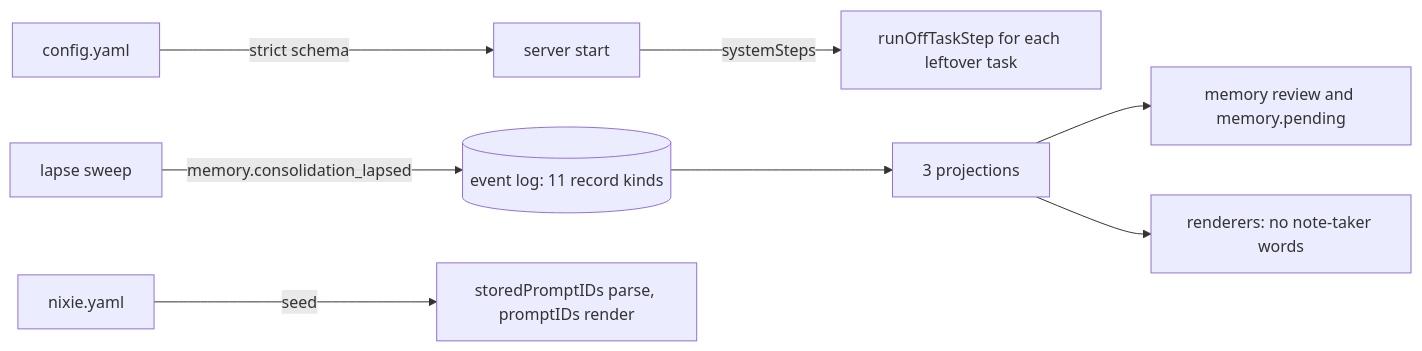
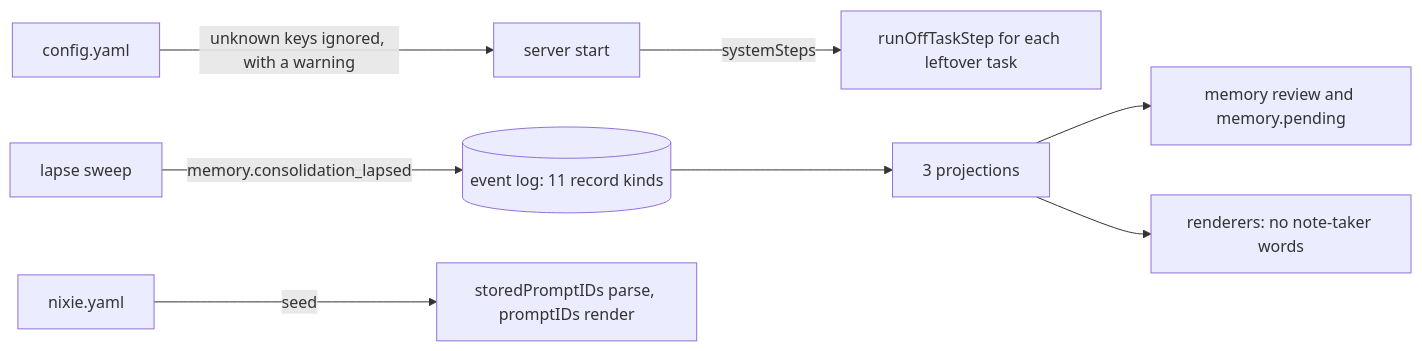
Before and after one commit to zgeoff/nixie: the diagram in docs/design/queue/no-built-in-memory-tasks.md, drawn with Mermaid. The commit also changed 10 other files, not shown here.

````diff
--- a/docs/design/queue/no-built-in-memory-tasks.md
+++ b/docs/design/queue/no-built-in-memory-tasks.md
@@ -28,10 +28,10 @@
 ```mermaid
 flowchart LR
-  config[config.yaml] -->|strict schema| start[server start]
+  config[config.yaml] -->|unknown keys ignored, with a warning| start[server start]
   start -->|systemSteps| off[runOffTaskStep for each leftover task]
   log[(event log: 11 record kinds)] --> proj[3 projections]
   proj --> review[memory review and memory.pending]
   proj --> render[renderers: no note-taker words]
   sweep[lapse sweep] -->|memory.consolidation_lapsed| log
   manifest[nixie.yaml] -->|seed| prompts[storedPromptIDs parse, promptIDs render]
 ```
````
